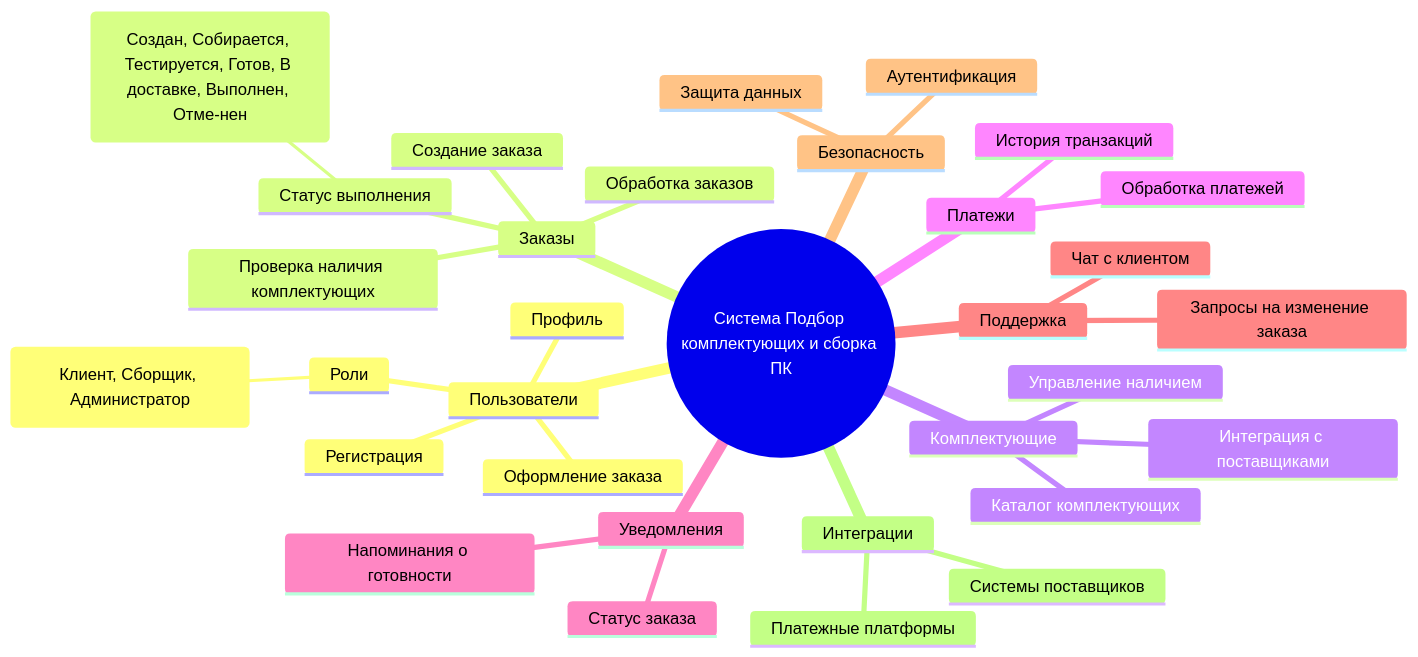
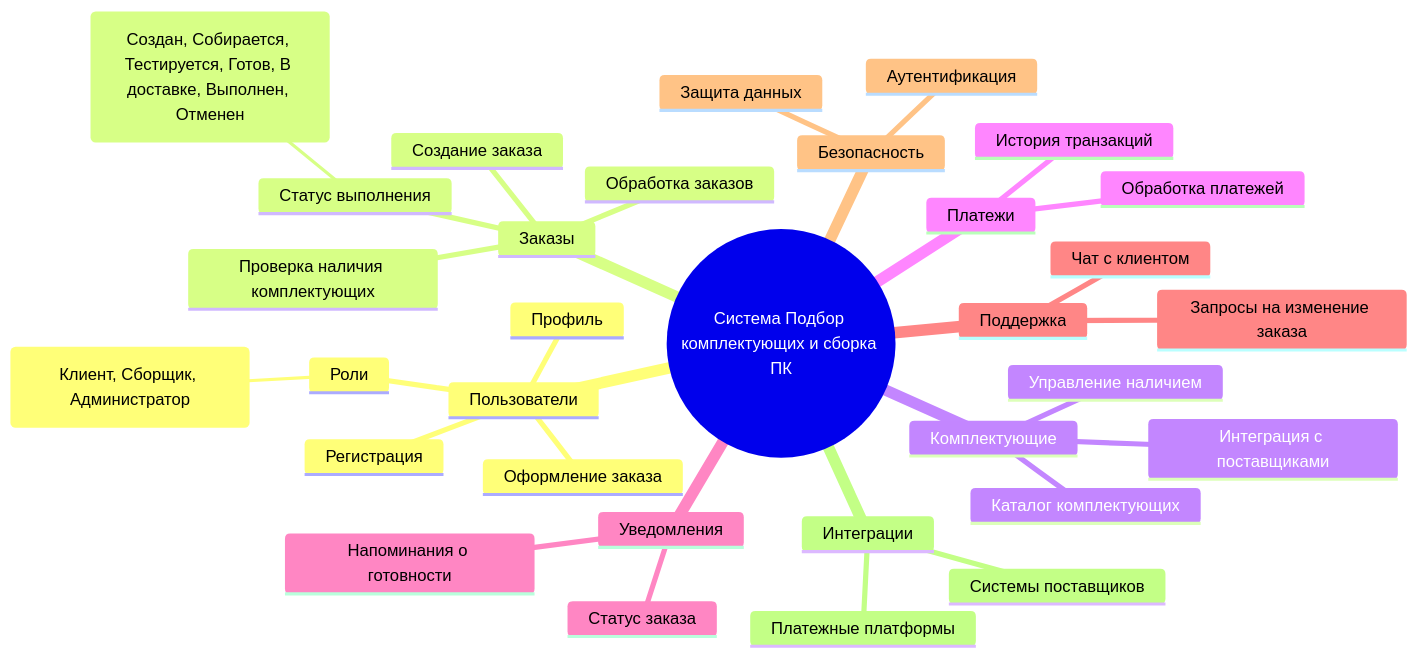
The first of 4 diagrams in README.md (BadHard101/PKSS_PR12), drawn with Mermaid before and after one commit. The commit also changed other lines of this file, not shown here.

````diff
--- a/README.md
+++ b/README.md
@@ -11,35 +11,35 @@
 ```mermaid
 mindmap
   root((Система Подбор комплектующих и сборка ПК))
     Пользователи
       Регистрация
       Профиль
       Роли 
         (Клиент, Сборщик, Администратор)
       Оформление заказа
     Заказы
       Создание заказа
       Проверка наличия комплектующих
       Обработка заказов
       Статус выполнения 
-        (Создан, Собирается, Тестируется, Готов, В доставке, Выполнен, Отме-нен)
+        (Создан, Собирается, Тестируется, Готов, В доставке, Выполнен, Отменен)
     Комплектующие
       Каталог комплектующих
       Управление наличием
       Интеграция с поставщиками
     Платежи
       Обработка платежей
       История транзакций
     Уведомления
       Статус заказа
       Напоминания о готовности
     Поддержка
       Чат с клиентом
       Запросы на изменение заказа
     Безопасность
       Аутентификация
       Защита данных
     Интеграции
       Системы поставщиков
       Платежные платформы
 ```
````
